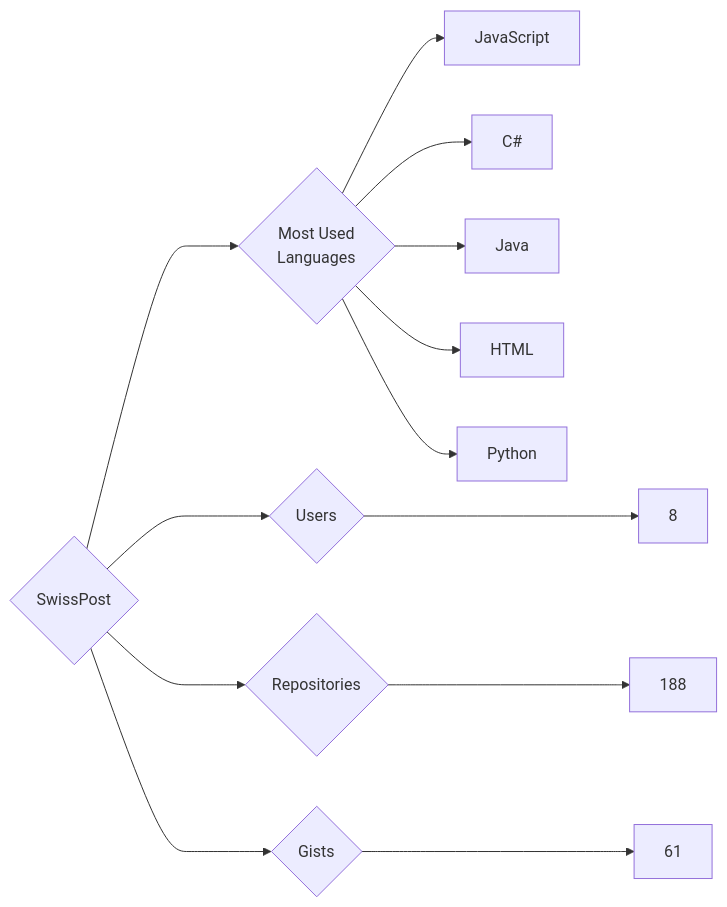
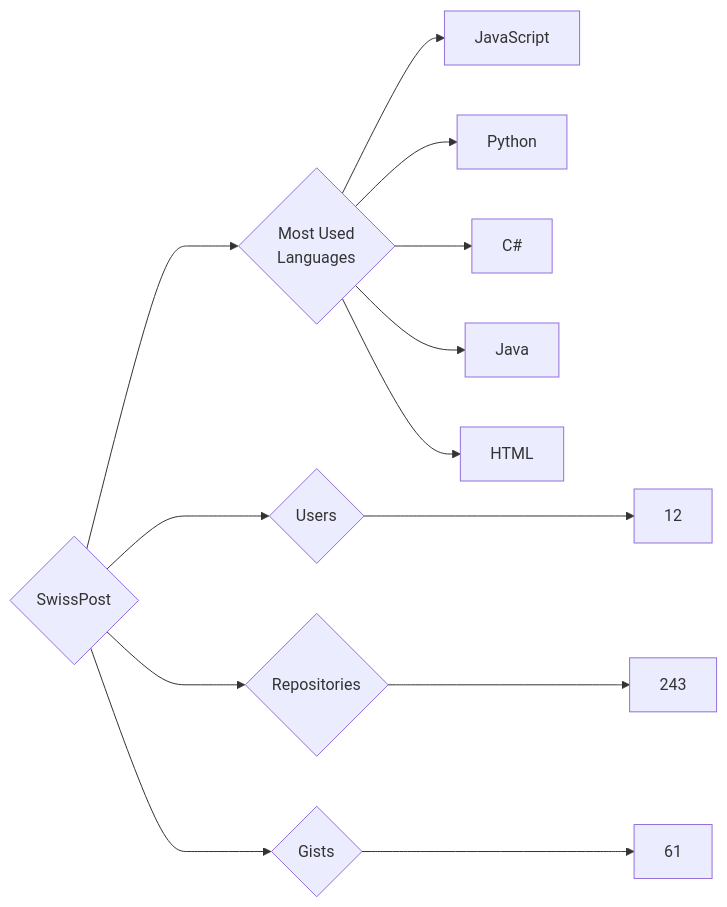
The diagram in targets/SwissPost/README.md (trickest/insiders), drawn with Mermaid before and after one commit. The commit also changed 948 other files, not shown here.

````diff
--- a/targets/SwissPost/README.md
+++ b/targets/SwissPost/README.md
@@ -3,13 +3,13 @@
 ```mermaid
 graph LR
 COMPANY_NAME{SwissPost}
-COMPANY_NAME ---> U{Users} ---> UN[8]
-COMPANY_NAME ---> R{Repositories} ---> RN[188]
+COMPANY_NAME ---> U{Users} ---> UN[12]
+COMPANY_NAME ---> R{Repositories} ---> RN[243]
 COMPANY_NAME ---> G{Gists} ---> GN[61]
 COMPANY_NAME ---> ML{Most Used<br>Languages}
 ML --> JavaScript[JavaScript]
+ML --> Python[Python]
 ML --> C#[C#]
 ML --> Java[Java]
 ML --> HTML[HTML]
-ML --> Python[Python]
 ```
````
